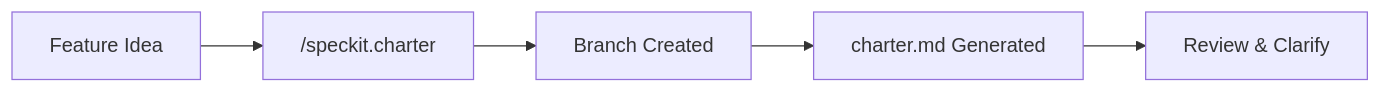
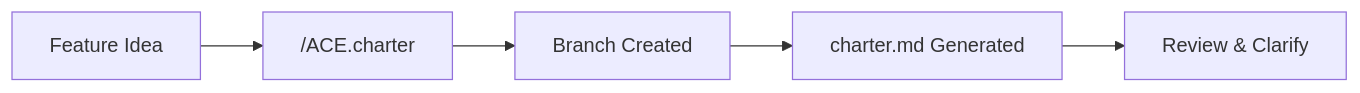
The diagram in src/content/docs/charter/index.md (ParkWardRR/weekend-to-release), drawn with Mermaid before and after one commit. The commit also changed other lines of this file and 30 other files, not shown here.

````diff
--- a/src/content/docs/charter/index.md
+++ b/src/content/docs/charter/index.md
@@ -10,7 +10,7 @@
 ```mermaid
 flowchart LR
-    A[Feature Idea] --> B["/speckit.charter"]
+    A[Feature Idea] --> B["/ACE.charter"]
     B --> C[Branch Created]
     C --> D[charter.md Generated]
     D --> E[Review & Clarify]
 ```
````
